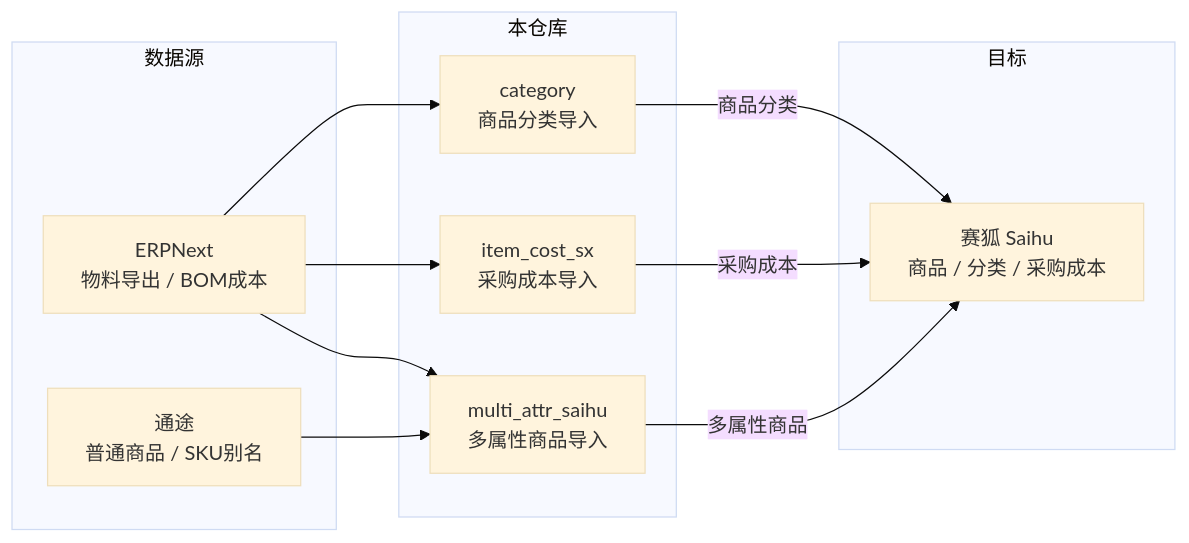
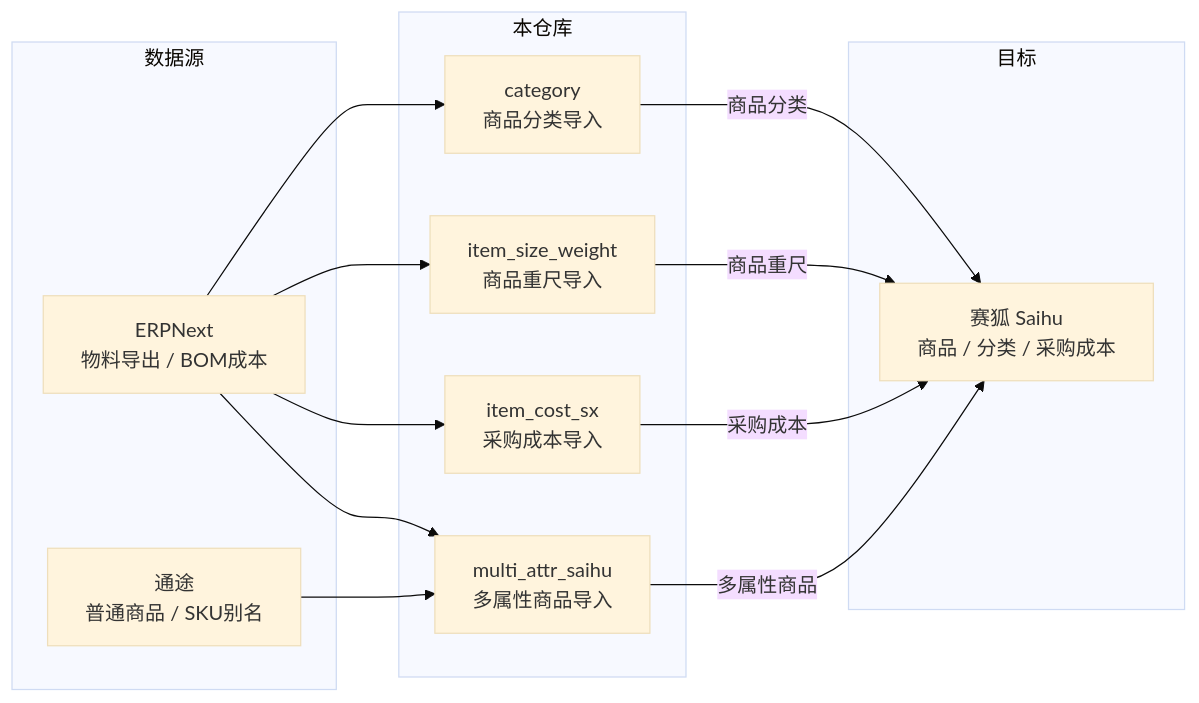
The diagram in README.md (keyapi/fzh-data), drawn with Mermaid (base theme) before and after one commit. The commit also changed other lines of this file and 6 other files, not shown here.

First line of the commit message:
feat(item_size_weight): 新增赛狐商品重尺导入模块

````diff
--- a/README.md
+++ b/README.md
@@ -7,25 +7,28 @@
 ```mermaid
 flowchart LR
     subgraph 数据源
         en[ERPNext<br/>物料导出 / BOM成本]
         tt[通途<br/>普通商品 / SKU别名]
     end
 
     subgraph 本仓库
         ma[multi_attr_saihu<br/>多属性商品导入]
         ct[category<br/>商品分类导入]
         ic[item_cost_sx<br/>采购成本导入]
+        sw[item_size_weight<br/>商品重尺导入]
     end
 
     subgraph 目标
         sai[赛狐 Saihu<br/>商品 / 分类 / 采购成本]
     end
 
     en --> ma
     en --> ic
+    en --> sw
     tt --> ma
     ma -->|多属性商品| sai
     en --> ct
     ct -->|商品分类| sai
     ic -->|采购成本| sai
+    sw -->|商品重尺| sai
 ```
````
